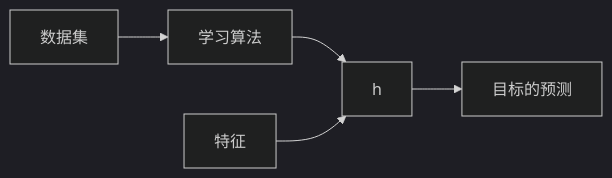
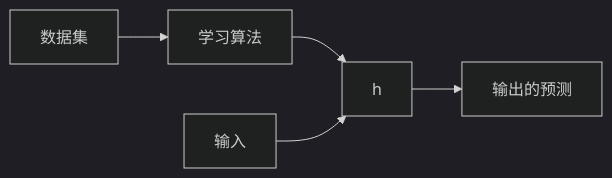
One commit to sigmax01/ml changed the diagram in docs/算法/线性回归模型.md. Above: the diagram before and after it, drawn with Mermaid (dark theme). The commit also changed other lines of this file and 4 other files, not shown here.

````diff
--- a/docs/算法/线性回归模型.md
+++ b/docs/算法/线性回归模型.md
@@ -62,7 +63,7 @@
 ``` mermaid
 graph LR
   A[数据集] --> B[学习算法];
   B --> D;
-  C[特征] --> D[h];
-  D --> E[目标的预测]
+  C[输入] --> D[h];
+  D --> E[输出的预测]
 ```
````
